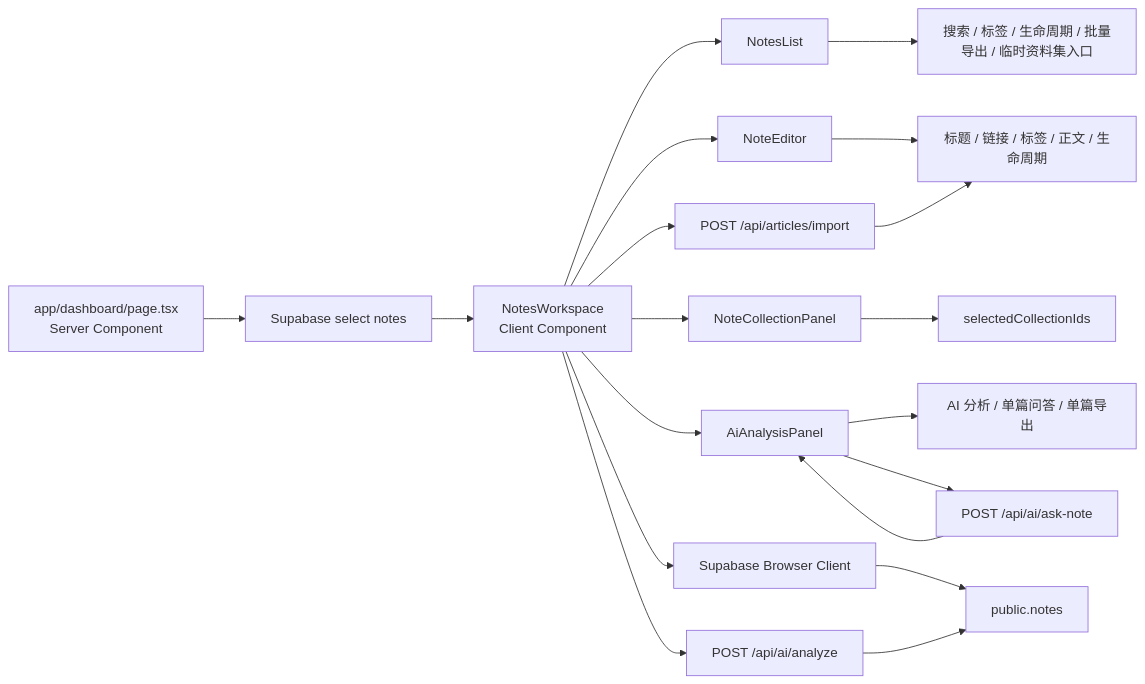
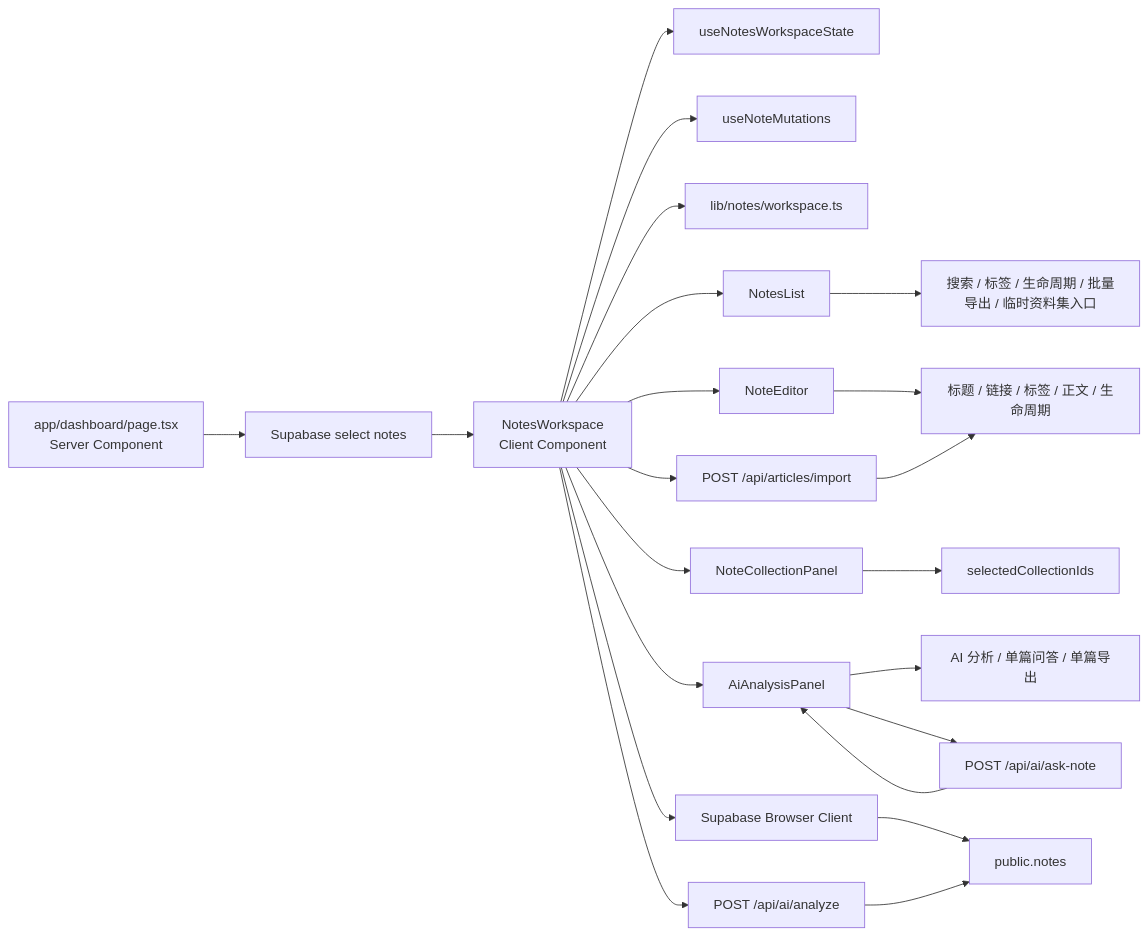
One commit to palmer67/ai-note changed the diagram in docs/architecture/02-user-workspace.md. Above: the diagram before and after it, drawn with Mermaid. The commit also changed other lines of this file and 5 other files, not shown here.

Commit message:
refactor: split notes workspace logic

````diff
--- a/docs/architecture/02-user-workspace.md
+++ b/docs/architecture/02-user-workspace.md
@@ -23,25 +26,29 @@
 ```mermaid
 flowchart LR
   DashboardPage["app/dashboard/page.tsx<br/>Server Component"] --> FetchNotes["Supabase select notes"]
   FetchNotes --> Workspace["NotesWorkspace<br/>Client Component"]
+
+  Workspace --> StateHook["useNotesWorkspaceState"]
+  Workspace --> MutationHook["useNoteMutations"]
+  Workspace --> WorkspaceLib["lib/notes/workspace.ts"]
 
   Workspace --> List["NotesList"]
   Workspace --> Editor["NoteEditor"]
   Workspace --> Collection["NoteCollectionPanel"]
   Workspace --> AI["AiAnalysisPanel"]
 
   List --> Filters["搜索 / 标签 / 生命周期 / 批量导出 / 临时资料集入口"]
   Editor --> Draft["标题 / 链接 / 标签 / 正文 / 生命周期"]
   Collection --> TempSet["selectedCollectionIds"]
   AI --> QA["AI 分析 / 单篇问答 / 单篇导出"]
 
   Workspace --> BrowserSupabase["Supabase Browser Client"]
   Workspace --> ApiAnalyze["POST /api/ai/analyze"]
   Workspace --> ApiImport["POST /api/articles/import"]
   AI --> ApiAsk["POST /api/ai/ask-note"]
 
   BrowserSupabase --> NotesTable["public.notes"]
   ApiAnalyze --> NotesTable
   ApiImport --> Draft
   ApiAsk --> AI
 ```
````
